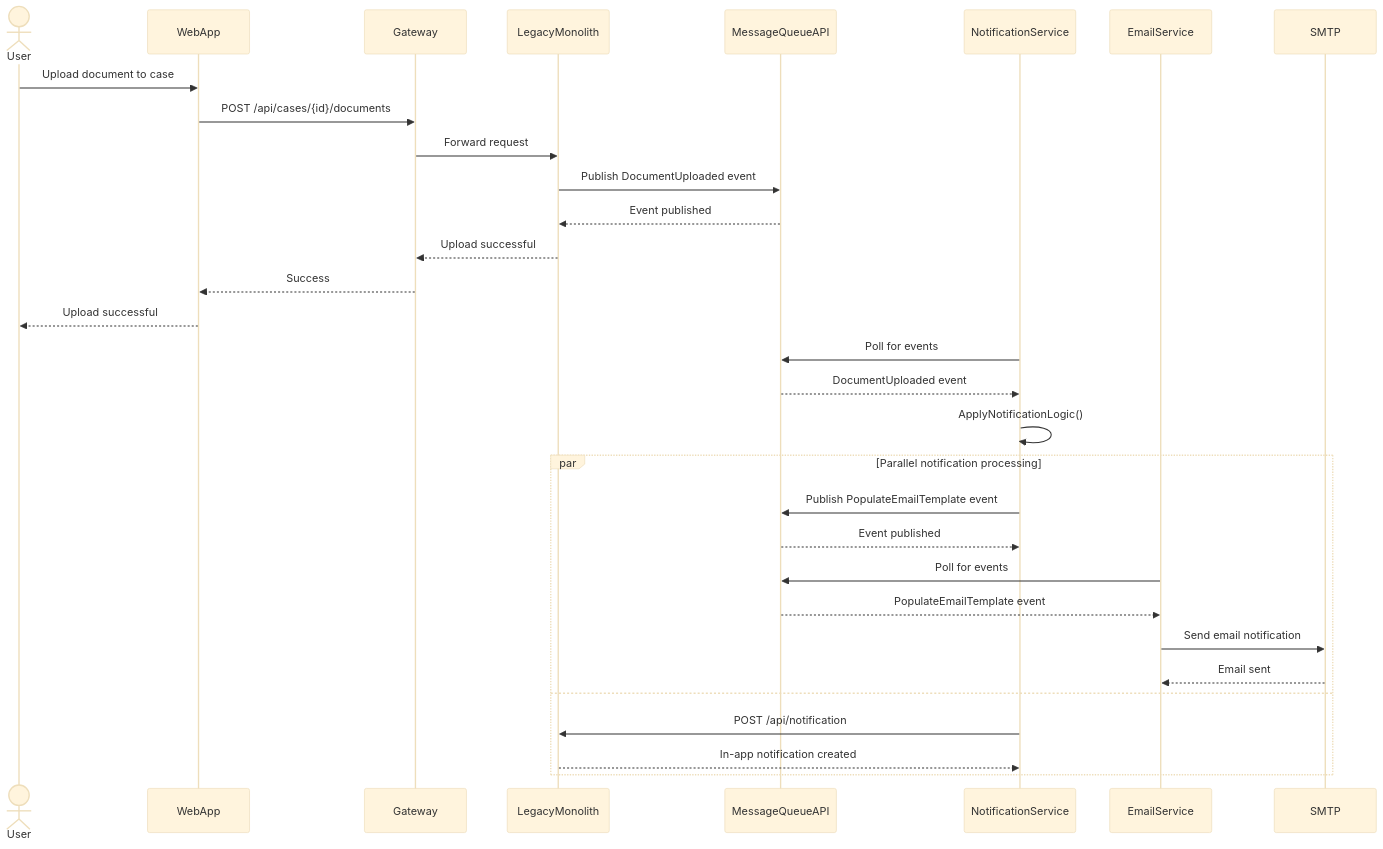
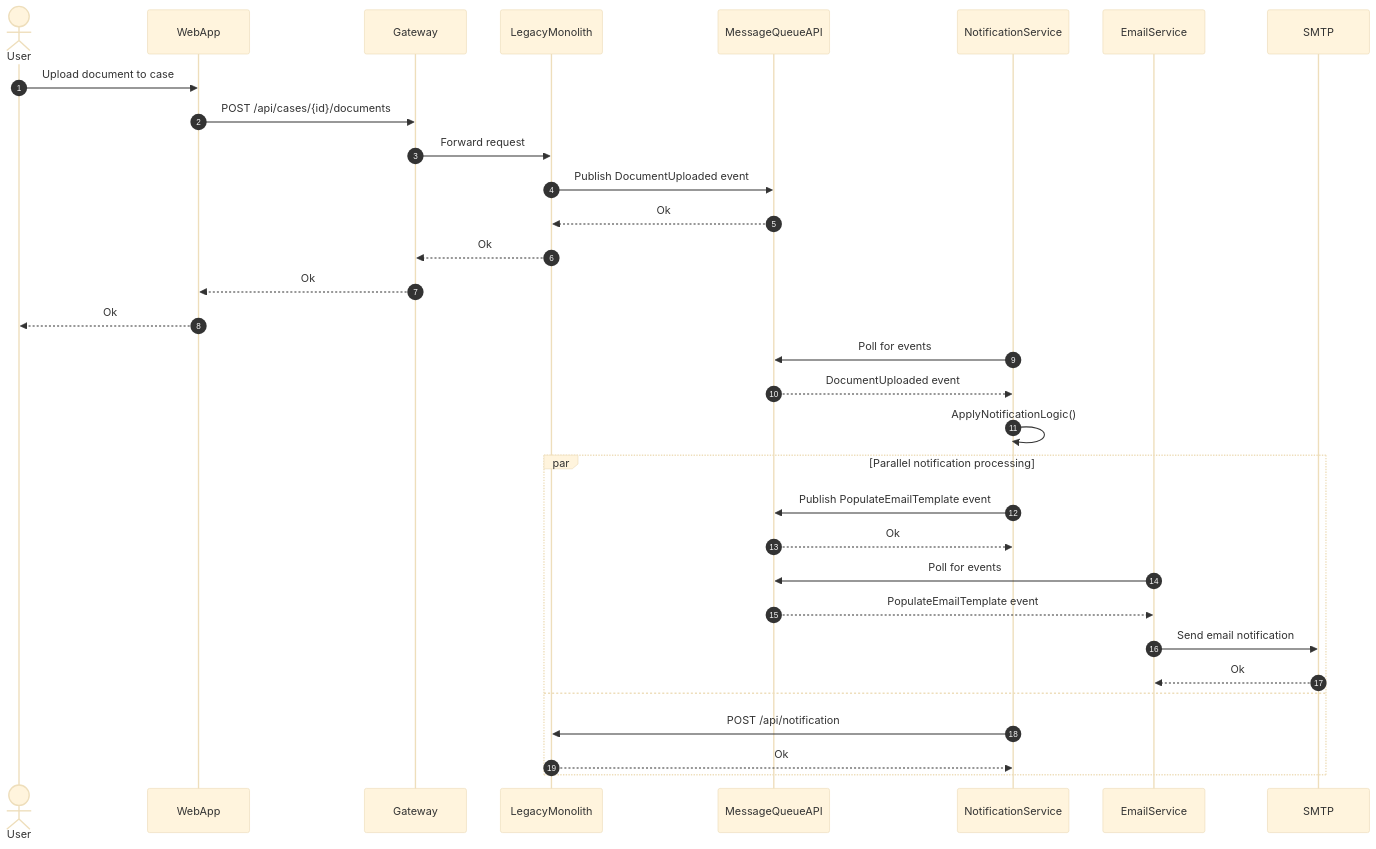
Before and after one commit to rasmusulriksen/BachelorsProject: the diagram in Diagrams/New/DocumentUploadNotificationSequenceDiagram.md, drawn with Mermaid (base theme). The commit also changed 4 other files, not shown here.

Commit message:
Improved diagrams slightly

````diff
--- a/Diagrams/New/DocumentUploadNotificationSequenceDiagram.md
+++ b/Diagrams/New/DocumentUploadNotificationSequenceDiagram.md
@@ -3,44 +3,47 @@
 ```mermaid
 sequenceDiagram
+    
+    autonumber
+
     actor User
     participant WebApp
     participant Gateway
     participant LegacyMonolith
     participant MessageQueueAPI
     participant NotificationService
     participant EmailService
     participant SMTP
     
     %% Quick response to user
     User->>WebApp: Upload document to case
     WebApp->>Gateway: POST /api/cases/{id}/documents
     Gateway->>LegacyMonolith: Forward request
     
     %% Async notification handling
     LegacyMonolith->>MessageQueueAPI: Publish DocumentUploaded event
-    MessageQueueAPI-->>LegacyMonolith: Event published
-    LegacyMonolith-->>Gateway: Upload successful
-    Gateway-->>WebApp: Success
-    WebApp-->>User: Upload successful
+    MessageQueueAPI-->>LegacyMonolith: Ok
+    LegacyMonolith-->>Gateway: Ok
+    Gateway-->>WebApp: Ok
+    WebApp-->>User: Ok
     
     %% Background processing
     NotificationService->>MessageQueueAPI: Poll for events
     MessageQueueAPI-->>NotificationService: DocumentUploaded event
     
     NotificationService->>NotificationService: ApplyNotificationLogic()
     
     par Parallel notification processing
         %% Email notification flow
         NotificationService->>MessageQueueAPI: Publish PopulateEmailTemplate event
-        MessageQueueAPI-->>NotificationService: Event published
+        MessageQueueAPI-->>NotificationService: Ok
         EmailService->>MessageQueueAPI: Poll for events
         MessageQueueAPI-->>EmailService: PopulateEmailTemplate event
         EmailService->>SMTP: Send email notification
-        SMTP-->>EmailService: Email sent
+        SMTP-->>EmailService: Ok
         
         and
         %% In-app notification flow
         NotificationService->>LegacyMonolith: POST /api/notification
-        LegacyMonolith-->>NotificationService: In-app notification created
+        LegacyMonolith-->>NotificationService: Ok
     end
 ``` 
````
